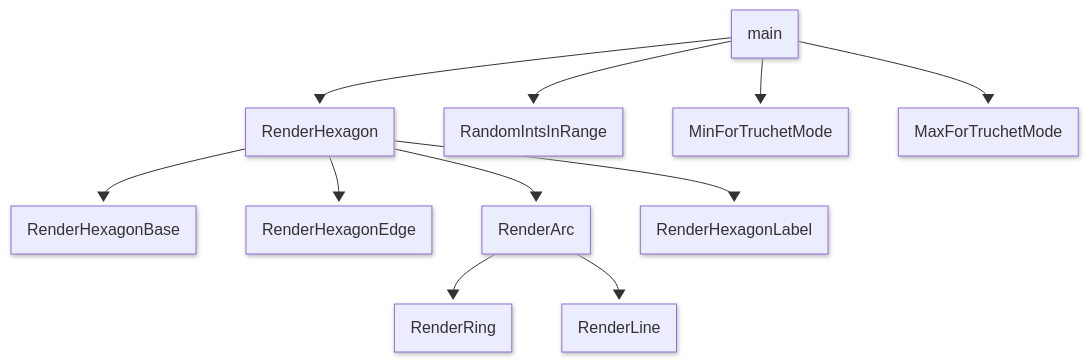
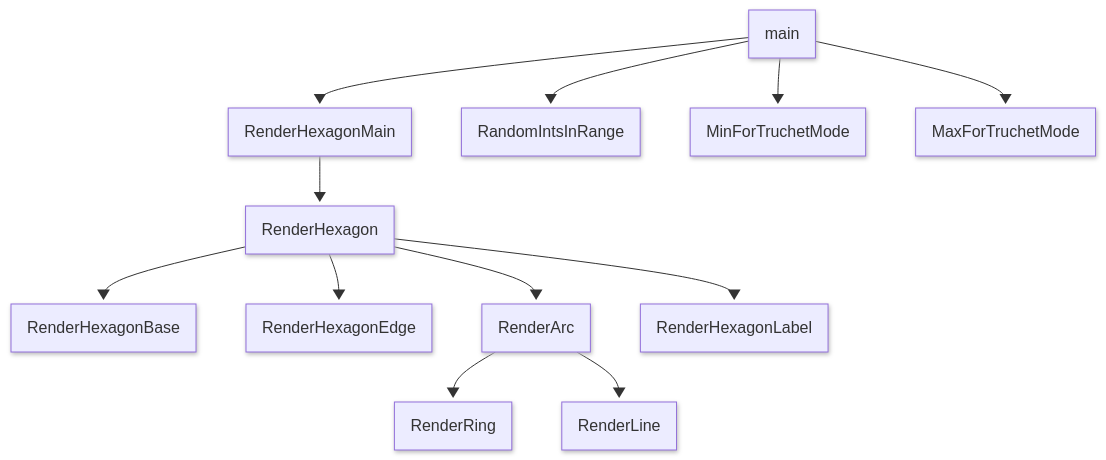
One commit to jeffbarr/TruchetTilings changed the diagram in hexagons_truchet_flow.mermaid. Above: the diagram before and after it, drawn with Mermaid.

Commit message:
Update hexagons_truchet_flow.mermaid
Add RenderHexagonMain

```diff
--- a/hexagons_truchet_flow.mermaid
+++ b/hexagons_truchet_flow.mermaid
@@ -1,19 +1,21 @@
 ---
 config:
   theme: mc
   look: neo
 ---
 flowchart TD
     main
-    main --> RenderHexagon
+    main --> RenderHexagonMain
     main --> RandomIntsInRange
     main --> MinForTruchetMode
     main --> MaxForTruchetMode
+
+    RenderHexagonMain --> RenderHexagon
 
     RenderHexagon --> RenderHexagonBase
     RenderHexagon --> RenderHexagonEdge
     RenderHexagon --> RenderArc
     RenderHexagon --> RenderHexagonLabel
 
     RenderArc --> RenderRing
     RenderArc --> RenderLine
```
